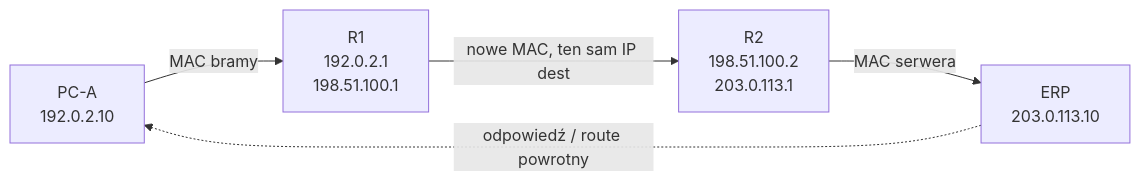
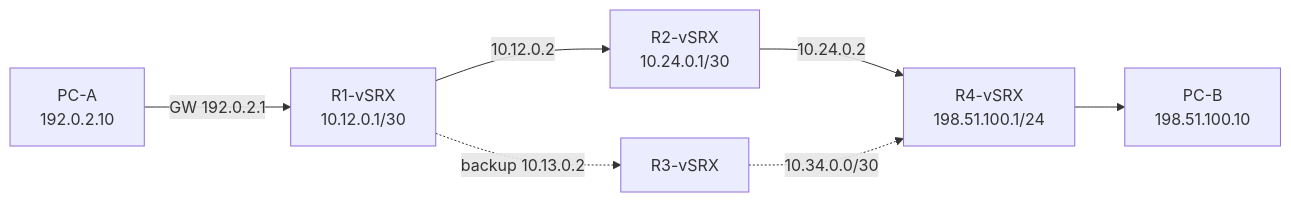
One commit to nelto79/jncip changed the third of 9 diagrams in docs/chapters/JUNOS_Rozdzial_06_Routing_Fundamentals.md. Above: the diagram before and after it, drawn with Mermaid. The commit also changed other lines of this file, not shown here.

```diff
--- a/docs/chapters/JUNOS_Rozdzial_06_Routing_Fundamentals.md
+++ b/docs/chapters/JUNOS_Rozdzial_06_Routing_Fundamentals.md
@@ -65,7 +89,9 @@
 ~~~mermaid
 flowchart LR
-  A["PC-A\n192.0.2.10"] -->|"MAC bramy"| R1["R1\n192.0.2.1\n198.51.100.1"]
-  R1 -->|"nowe MAC, ten sam IP dest"| R2["R2\n198.51.100.2\n203.0.113.1"]
-  R2 -->|"MAC serwera"| B["ERP\n203.0.113.10"]
-  B -. "odpowiedź / route powrotny" .-> A
+  A["PC-A<br/>192.0.2.10"] -->|"GW 192.0.2.1"| R1["R1-vSRX<br/>10.12.0.1/30"]
+  R1 -->|"10.12.0.2"| R2["R2-vSRX<br/>10.24.0.1/30"]
+  R2 -->|"10.24.0.2"| R4["R4-vSRX<br/>198.51.100.1/24"]
+  R4 --> B["PC-B<br/>198.51.100.10"]
+  R1 -.->|"backup 10.13.0.2"| R3["R3-vSRX"]
+  R3 -.->|"10.34.0.0/30"| R4
 ~~~
```
